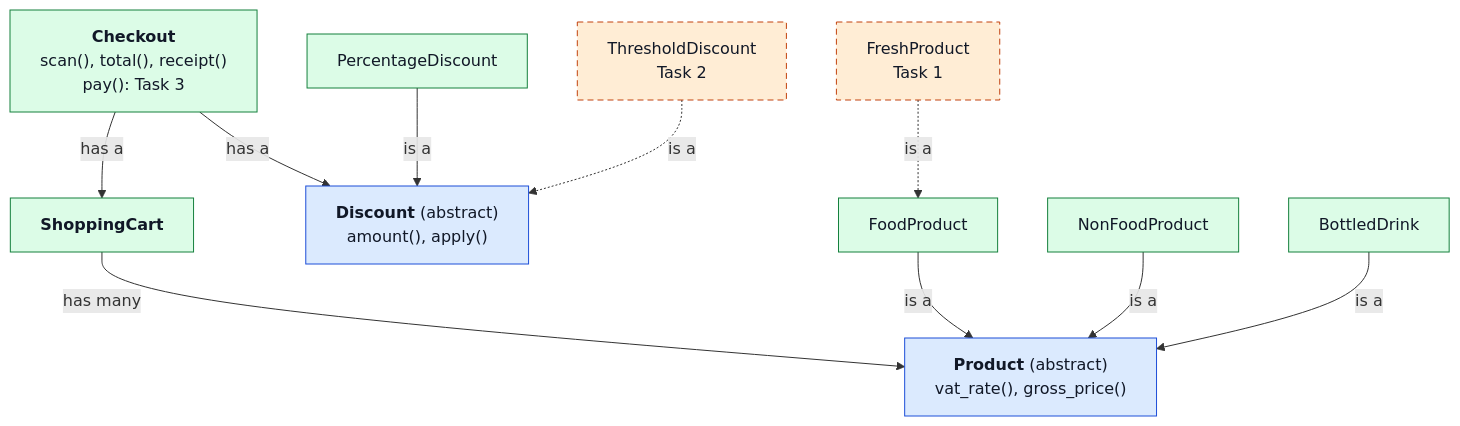
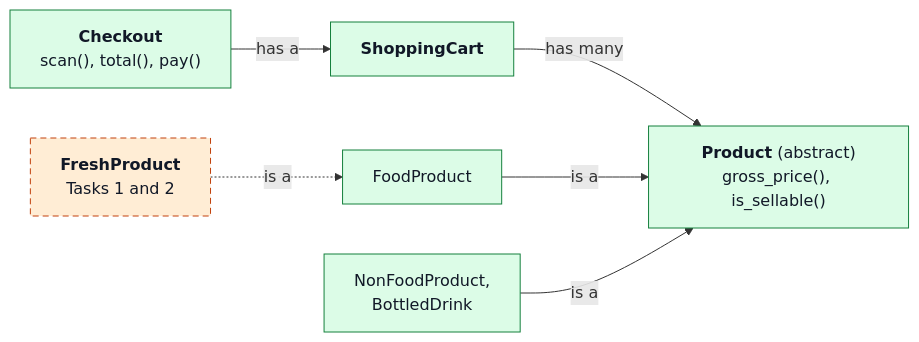
Before and after one commit to khoadaniel/statistical-programming-mpmd-htw-ws-2026: the diagram in sessions/02-software-engineering/supermarket-challenge/README.md, drawn with Mermaid. The commit also changed other lines of this file and 27 other files, not shown here.

````diff
--- a/sessions/02-software-engineering/supermarket-challenge/README.md
+++ b/sessions/02-software-engineering/supermarket-challenge/README.md
@@ -64,30 +75,20 @@
 ```mermaid
-flowchart TB
-    Checkout["<b>Checkout</b><br/>scan(), total(), receipt()<br/>pay(): Task 3"]
+flowchart LR
+    Checkout["<b>Checkout</b><br/>scan(), total(), pay()"]
     Cart["<b>ShoppingCart</b>"]
-    Discount["<b>Discount</b> (abstract)<br/>amount(), apply()"]
-    Product["<b>Product</b> (abstract)<br/>vat_rate(), gross_price()"]
+    Product["<b>Product</b> (abstract)<br/>gross_price(), is_sellable()"]
     Food["FoodProduct"]
-    NonFood["NonFoodProduct"]
-    Drink["BottledDrink"]
-    Fresh["FreshProduct<br/>Task 1"]
-    Percent["PercentageDiscount"]
-    Threshold["ThresholdDiscount<br/>Task 2"]
+    Other["NonFoodProduct,<br/>BottledDrink"]
+    Fresh["<b>FreshProduct</b><br/>Tasks 1 and 2"]
 
     Checkout -->|has a| Cart
-    Checkout -->|has a| Discount
     Cart -->|has many| Product
     Food -->|is a| Product
-    NonFood -->|is a| Product
-    Drink -->|is a| Product
+    Other -->|is a| Product
     Fresh -.->|is a| Food
-    Percent -->|is a| Discount
-    Threshold -.->|is a| Discount
 
-    classDef abstract fill:#dbeafe,stroke:#1d4ed8,color:#111827
     classDef done fill:#dcfce7,stroke:#15803d,color:#111827
     classDef task fill:#ffedd5,stroke:#c2410c,stroke-dasharray:6 4,color:#111827
-    class Product,Discount abstract
-    class Checkout,Cart,Food,NonFood,Drink,Percent done
-    class Fresh,Threshold task
+    class Checkout,Cart,Product,Food,Other done
+    class Fresh task
 ```
````
